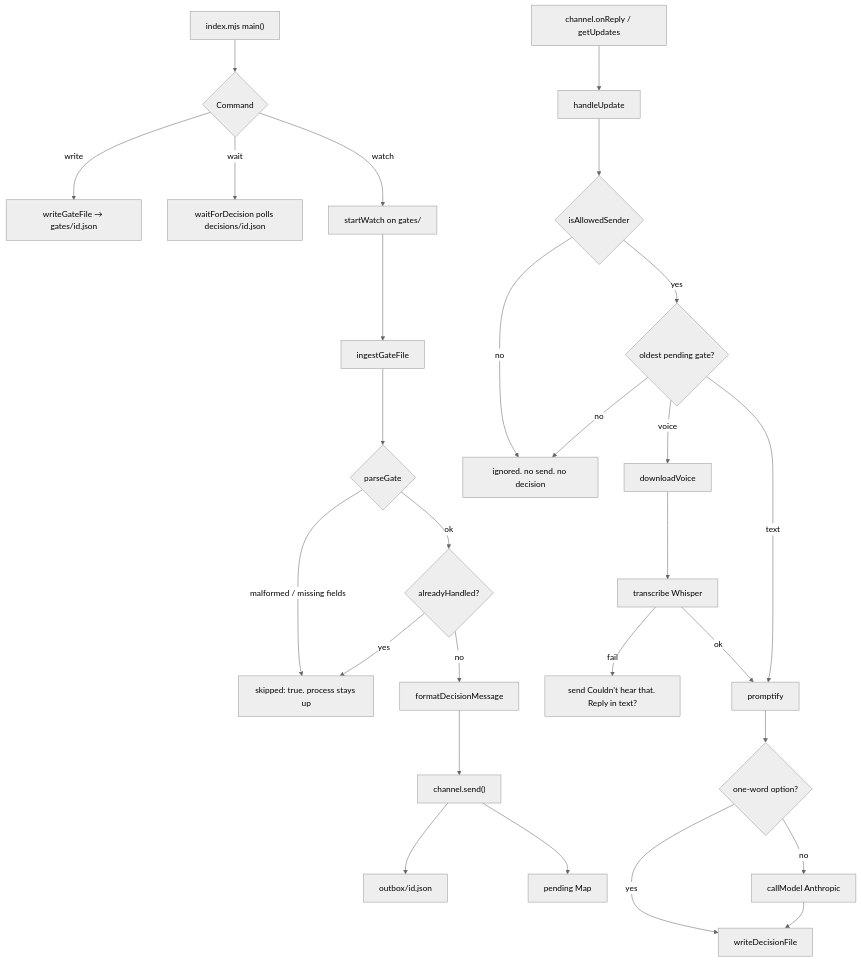
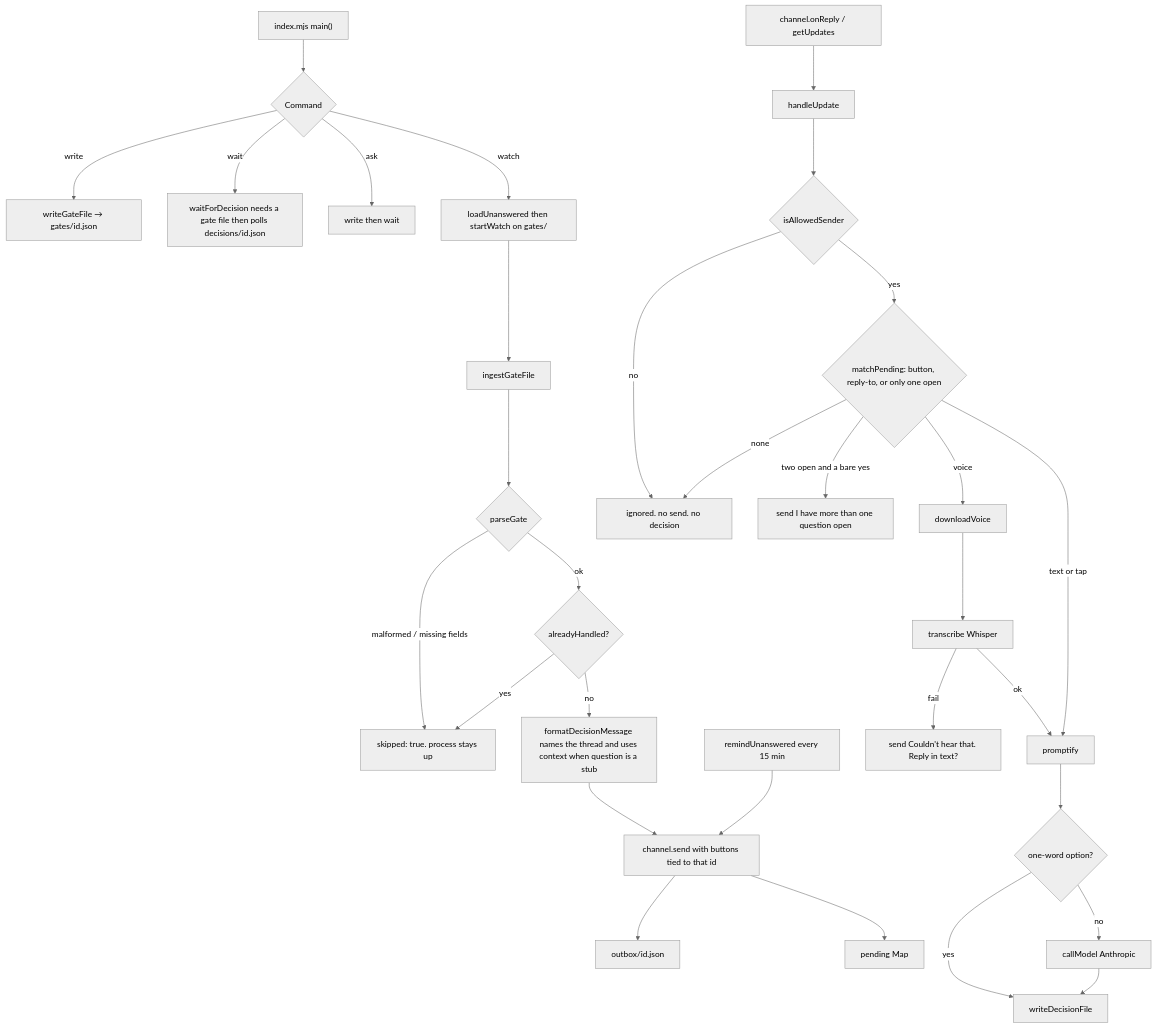
One commit to ZootimusMaximusSupreme/Fundhub_ai changed the diagram in docs/journeys/gate-relay-actual.md. Above: the diagram before and after it, drawn with Mermaid (neutral theme). The commit also changed other lines of this file and 73 other files, not shown here.

````diff
--- a/docs/journeys/gate-relay-actual.md
+++ b/docs/journeys/gate-relay-actual.md
@@ -5,30 +5,33 @@
 ```mermaid
 flowchart TD
     MAIN["index.mjs main()"] --> CMD{Command}
     CMD -->|write| WG[writeGateFile → gates/id.json]
-    CMD -->|wait| WD[waitForDecision polls decisions/id.json]
-    CMD -->|watch| WATCH[startWatch on gates/]
+    CMD -->|wait| WD[waitForDecision needs a gate file then polls decisions/id.json]
+    CMD -->|ask| ASK[write then wait]
+    CMD -->|watch| WATCH[loadUnanswered then startWatch on gates/]
     WATCH --> INGEST[ingestGateFile]
     INGEST --> PARSE{parseGate}
     PARSE -->|malformed / missing fields| SKIP[skipped: true. process stays up]
     PARSE -->|ok| HANDLED{alreadyHandled?}
     HANDLED -->|yes| SKIP
-    HANDLED -->|no| FMT[formatDecisionMessage]
-    FMT --> SEND["channel.send()"]
+    HANDLED -->|no| FMT[formatDecisionMessage names the thread and uses context when question is a stub]
+    FMT --> SEND["channel.send with buttons tied to that id"]
     SEND --> OUTBOX[outbox/id.json]
     SEND --> PEND[pending Map]
+    REMIND[remindUnanswered every 15 min] --> SEND
     POLL["channel.onReply / getUpdates"] --> HU[handleUpdate]
     HU --> WHO{isAllowedSender}
     WHO -->|no| IGN[ignored. no send. no decision]
-    WHO -->|yes| OPEN{oldest pending gate?}
-    OPEN -->|no| IGN
-    OPEN -->|voice| DL[downloadVoice]
+    WHO -->|yes| MATCH{matchPending: button, reply-to, or only one open}
+    MATCH -->|none| IGN
+    MATCH -->|two open and a bare yes| WHICH["send I have more than one question open"]
+    MATCH -->|voice| DL[downloadVoice]
     DL --> WHISPER[transcribe Whisper]
     WHISPER -->|fail| HEAR["send Couldn't hear that. Reply in text?"]
     WHISPER -->|ok| PFY[promptify]
-    OPEN -->|text| PFY
+    MATCH -->|text or tap| PFY
     PFY --> LIGHT{one-word option?}
     LIGHT -->|yes| DEC[writeDecisionFile]
     LIGHT -->|no| CLAUDE[callModel Anthropic]
     CLAUDE --> DEC
 ```
````
